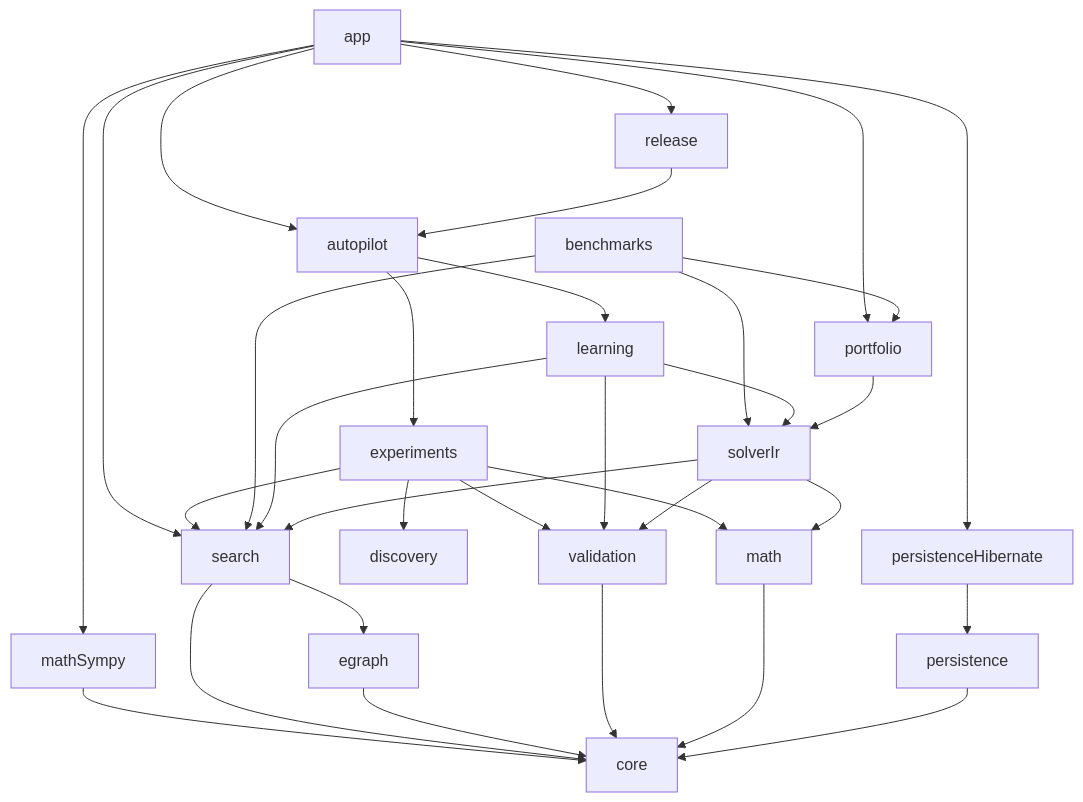
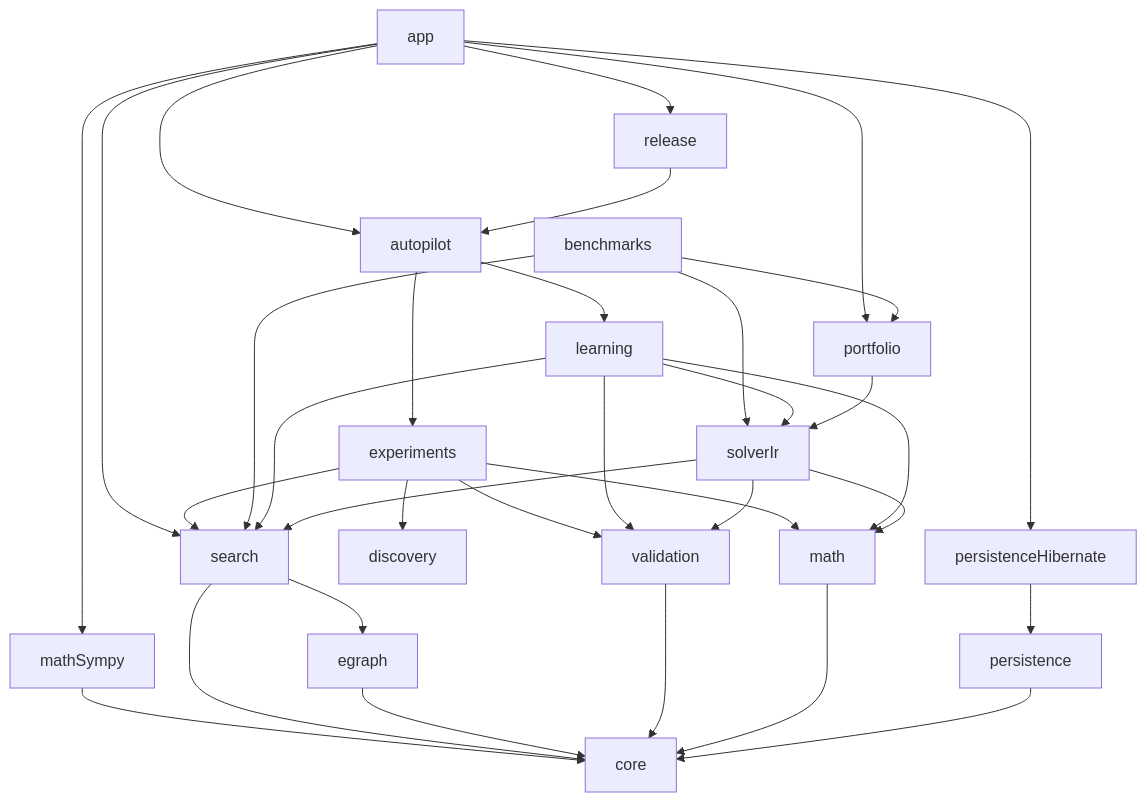
One commit to carstenartur/Regelsuche changed the diagram in docs/dependency-rules.md. Above: the diagram before and after it, drawn with Mermaid. The commit also changed other lines of this file, not shown here.

First line of the commit message:
Document the learning-to-math dependency edge

````diff
--- a/docs/dependency-rules.md
+++ b/docs/dependency-rules.md
@@ -12,41 +12,42 @@
 ```mermaid
 flowchart TD
     app --> release
     app --> autopilot
     app --> persistenceHibernate
     app --> portfolio
     app --> search
     app --> mathSympy
 
     release --> autopilot
     autopilot --> experiments
     autopilot --> learning
 
     experiments --> discovery
     experiments --> search
     experiments --> validation
     experiments --> math
 
     benchmarks --> portfolio
     benchmarks --> solverIr
     benchmarks --> search
 
     learning --> solverIr
     learning --> search
     learning --> validation
+    learning --> math
 
     persistenceHibernate --> persistence
 
     portfolio --> solverIr
     solverIr --> search
     solverIr --> validation
     solverIr --> math
 
     mathSympy --> core
     search --> egraph
     search --> core
     egraph --> core
     validation --> core
     math --> core
     persistence --> core
 ```
````
